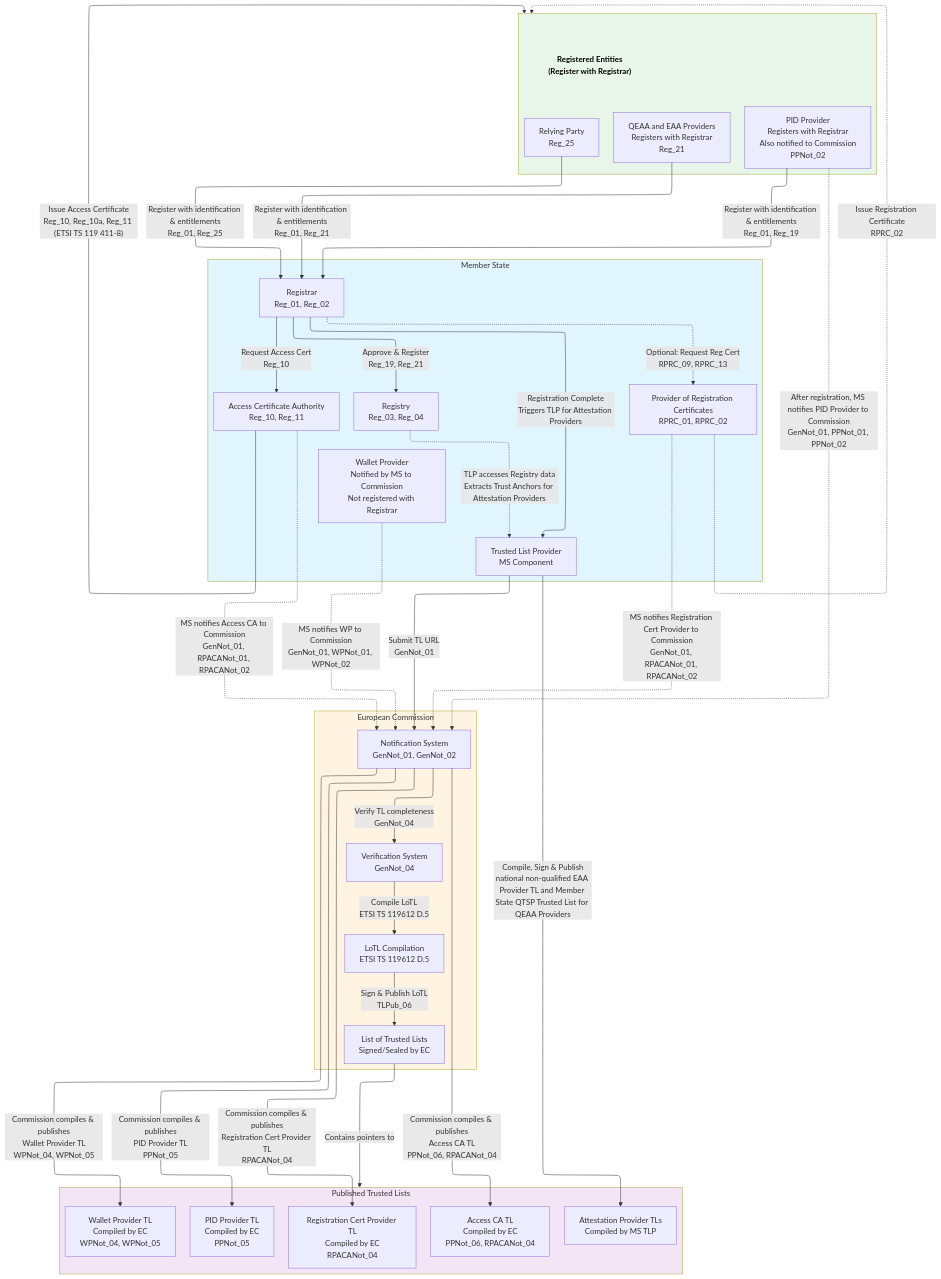
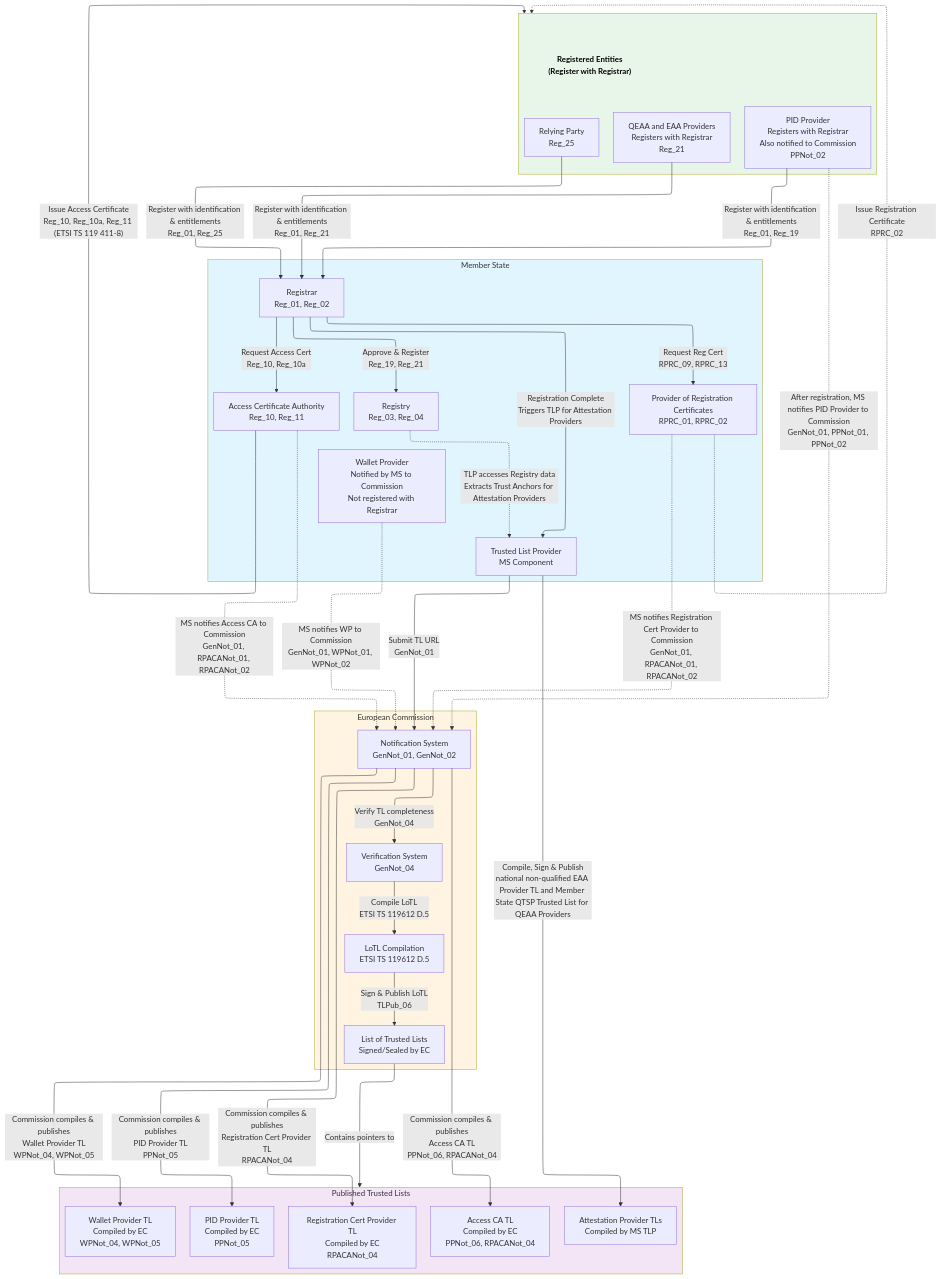
Before and after one commit to webuild-consortium/wp4-trust-group: the first of 7 diagrams in task2-trust-framework/trust-infrastructure-schema.md, drawn with Mermaid. The commit also changed other lines of this file and 24 other files, not shown here.

```diff
--- a/task2-trust-framework/trust-infrastructure-schema.md
+++ b/task2-trust-framework/trust-infrastructure-schema.md
@@ -283,9 +283,9 @@
     RegCertProv -.->|MS notifies Registration Cert Provider to Commission<br/>GenNot_01, RPACANot_01, RPACANot_02| ECNotify
     
     Registrar -->|Approve & Register<br/>Reg_19, Reg_21| Registry
-    Registrar -->|Request Access Cert<br/>Reg_10| AccessCA
+    Registrar -->|Request Access Cert<br/>Reg_10, Reg_10a| AccessCA
     AccessCA -->|"Issue Access Certificate<br/>Reg_10, Reg_10a, Reg_11 (ETSI TS 119 411-8)"| EntitiesScope
-    Registrar -.->|Optional: Request Reg Cert<br/>RPRC_09, RPRC_13| RegCertProv
+    Registrar -->|Request Reg Cert<br/>RPRC_09, RPRC_13| RegCertProv
     RegCertProv -.->|Issue Registration Certificate<br/>RPRC_02| EntitiesScope
     
     %% Submission and Update: Registration triggers Trusted List publication (Attestation Providers only)
```
